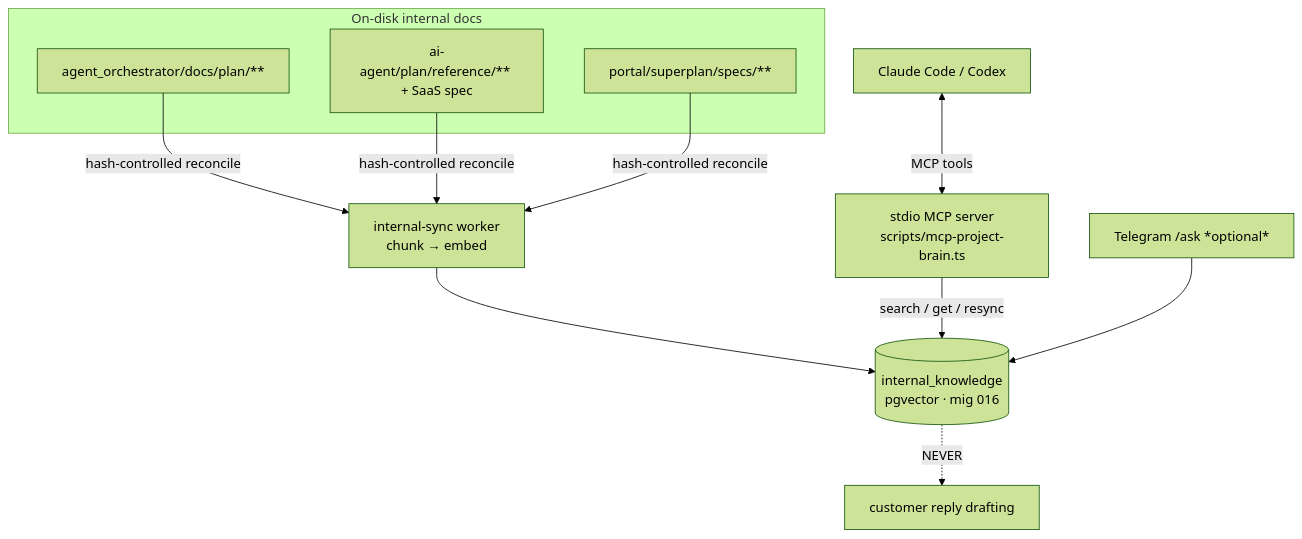
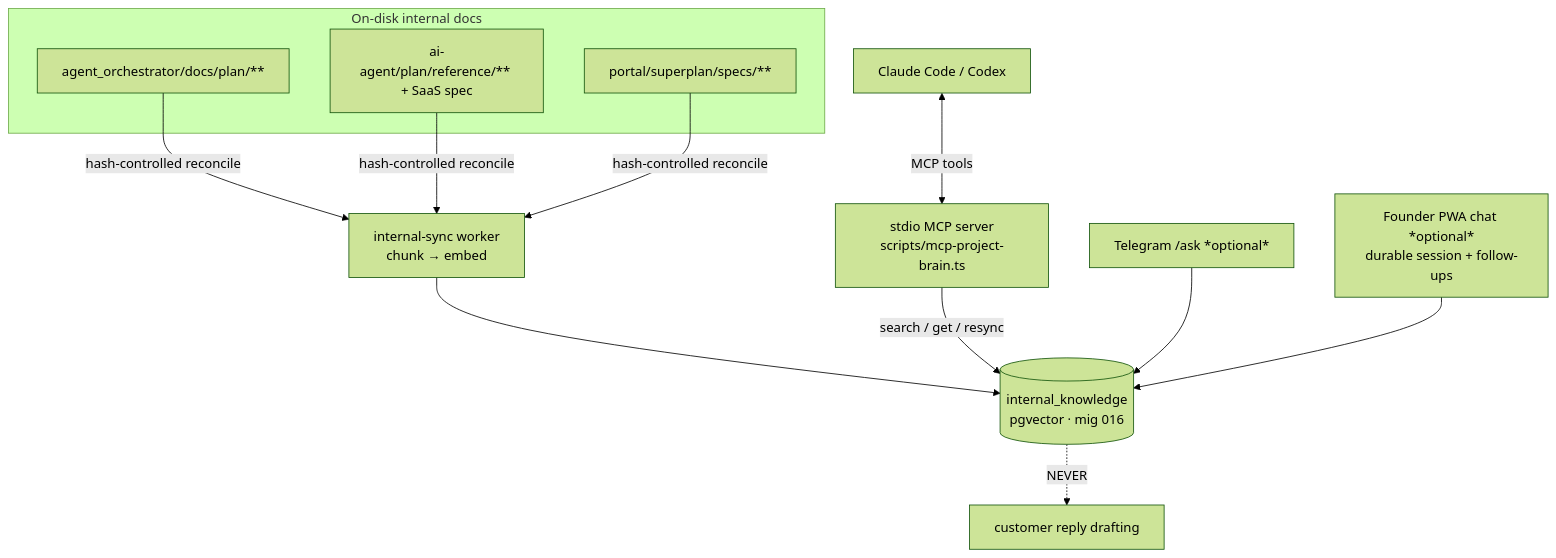
One commit to yuvalezy/agent_orchestrator changed the diagram in docs/project-brain.md. Above: the diagram before and after it, drawn with Mermaid (forest theme). The commit also changed other lines of this file and 39 other files, not shown here.

Commit message:
feat(m6): iterative meeting composer in the Founder PWA (propose -> refine -> book)

````diff
--- a/docs/project-brain.md
+++ b/docs/project-brain.md
@@ -41,14 +47,15 @@
 ```mermaid
 flowchart TD
   subgraph disk[On-disk internal docs]
     P1[agent_orchestrator/docs/plan/**]
     P2[ai-agent/plan/reference/** + SaaS spec]
     P3[portal/superplan/specs/**]
   end
   P1 & P2 & P3 -->|hash-controlled reconcile| SY[internal-sync worker<br/>chunk → embed]
   SY --> IK[(internal_knowledge<br/>pgvector · mig 016)]
   MCP[stdio MCP server<br/>scripts/mcp-project-brain.ts] -->|search / get / resync| IK
   CC[Claude Code / Codex] <-->|MCP tools| MCP
   TG[Telegram /ask *optional*] --> IK
+  PWA[Founder PWA chat *optional*<br/>durable session + follow-ups] --> IK
   IK -. NEVER .-> CUST[customer reply drafting]
 ```
````
